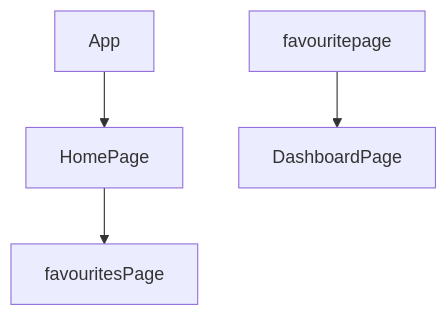
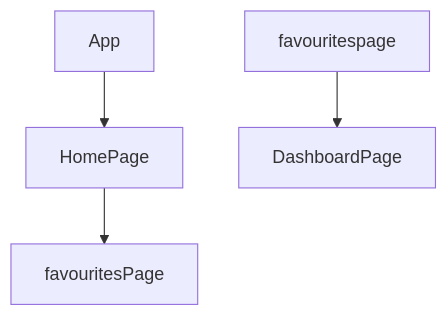
One commit to shikhu51197/Betalatics-assign changed the diagram in README.md. Above: the diagram before and after it, drawn with Mermaid. The commit also changed other lines of this file, not shown here.

````diff
--- a/README.md
+++ b/README.md
@@ -95,8 +95,8 @@
 ```mermaid
 graph TD;
  App-->HomePage
 HomePage-->favouritesPage
-favouritepage--> DashboardPage
+favouritespage--> DashboardPage
 
 
 ```
````
